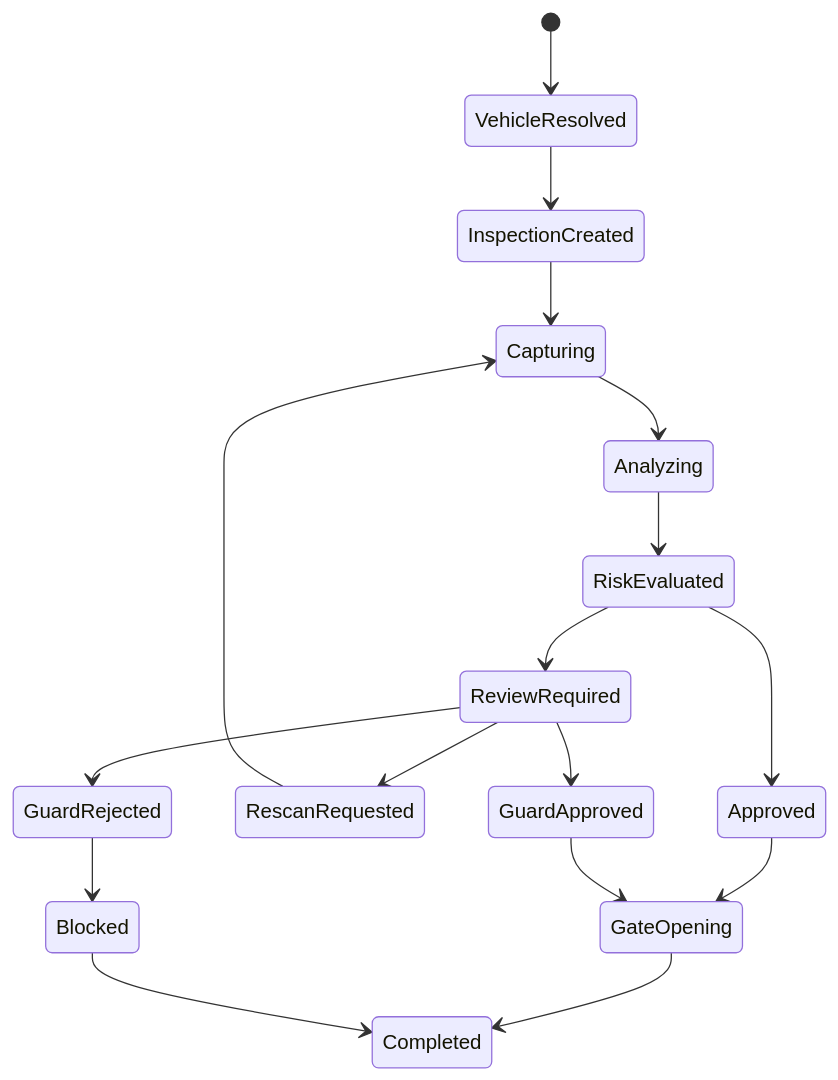
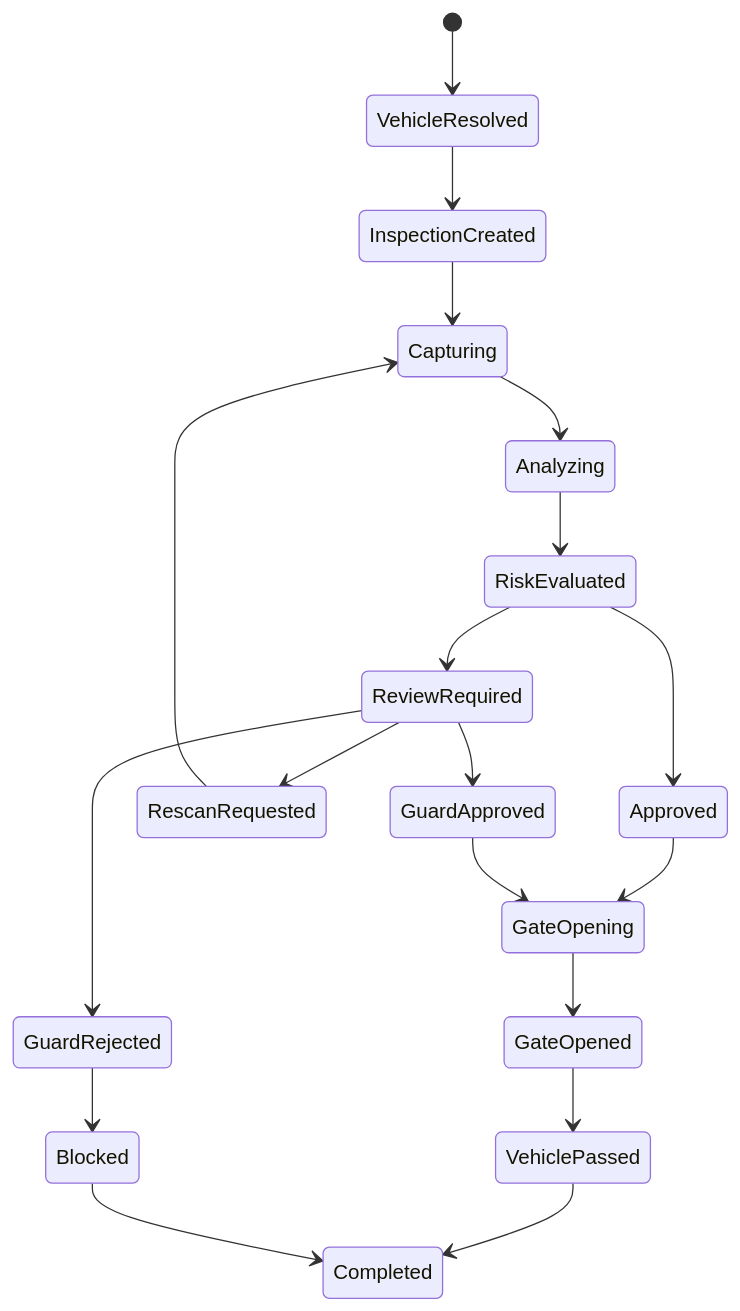
One commit to vHozang/ev-smart-gate changed the fourth of 7 diagrams in docs/smart-gate-system-design.md. Above: the diagram before and after it, drawn with Mermaid. The commit also changed other lines of this file and 12 other files, not shown here.

Commit message:
feat: implement interactive EVN Smart-Gate MVP demo dashboard with vehicle visualization and scenario controllers

````diff
--- a/docs/smart-gate-system-design.md
+++ b/docs/smart-gate-system-design.md
@@ -584,24 +589,26 @@
 ```mermaid
 stateDiagram-v2
     [*] --> VehicleResolved
     VehicleResolved --> InspectionCreated
     InspectionCreated --> Capturing
     Capturing --> Analyzing
     Analyzing --> RiskEvaluated
 
     RiskEvaluated --> Approved
     RiskEvaluated --> ReviewRequired
 
     ReviewRequired --> RescanRequested
     RescanRequested --> Capturing
 
     ReviewRequired --> GuardApproved
     ReviewRequired --> GuardRejected
 
     Approved --> GateOpening
     GuardApproved --> GateOpening
     GuardRejected --> Blocked
 
-    GateOpening --> Completed
+    GateOpening --> GateOpened
+    GateOpened --> VehiclePassed
+    VehiclePassed --> Completed
     Blocked --> Completed
 ```
````
